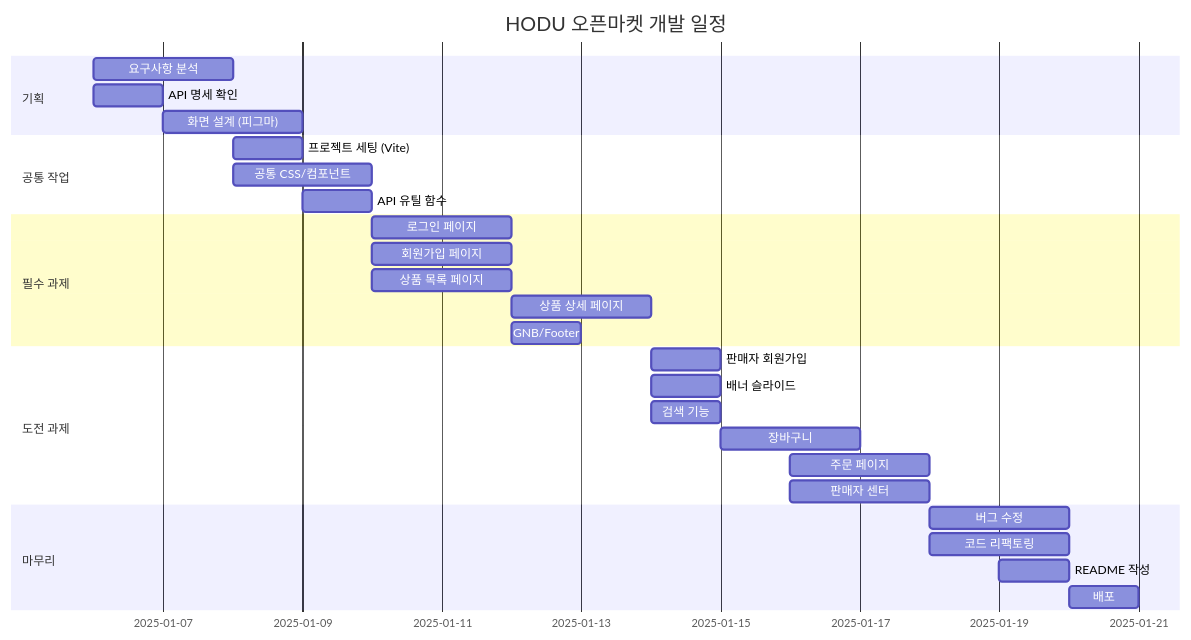
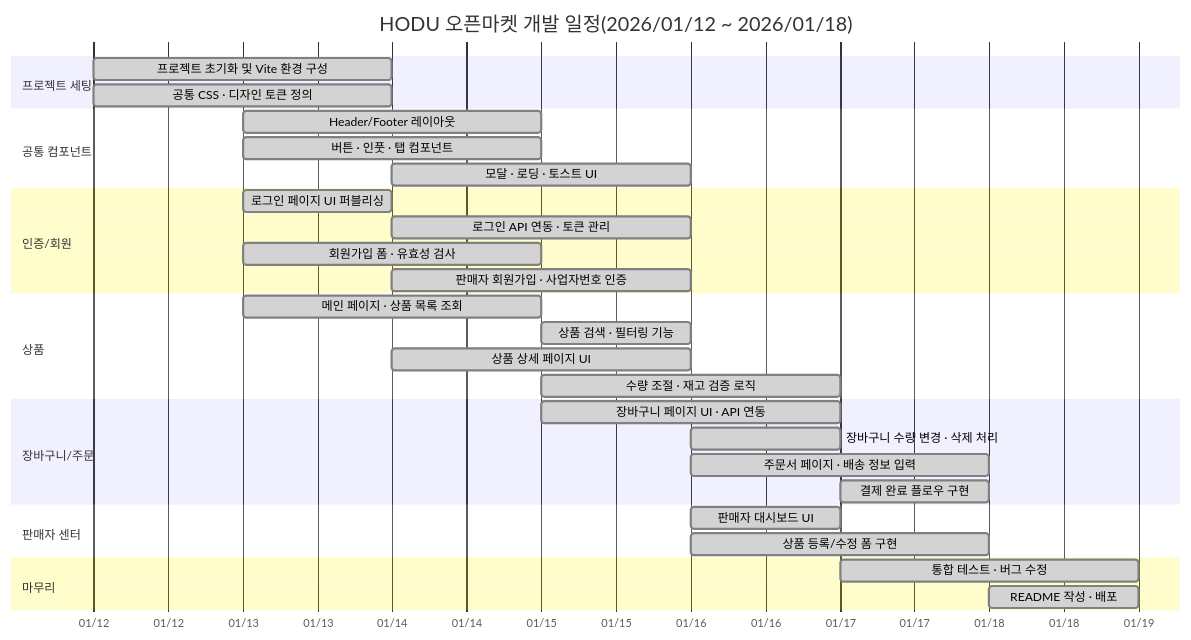
One commit to Open-Learn-Team/open-market changed the fifth of 11 diagrams in README.md. Above: the diagram before and after it, drawn with Mermaid. The commit also changed other lines of this file and 19 other files, not shown here.

````diff
--- a/README.md
+++ b/README.md
@@ -302,36 +342,42 @@
 ```mermaid
 gantt
-    title HODU 오픈마켓 개발 일정
+    title HODU 오픈마켓 개발 일정(2026/01/12 ~ 2026/01/18)
     dateFormat YYYY-MM-DD
-    
-    section 기획
-        요구사항 분석         :2025-01-06, 2d
-        API 명세 확인         :2025-01-06, 1d
-        화면 설계 (피그마)    :2025-01-07, 2d
-    
-    section 공통 작업
-        프로젝트 세팅 (Vite)  :2025-01-08, 1d
-        공통 CSS/컴포넌트     :2025-01-08, 2d
-        API 유틸 함수         :2025-01-09, 1d
-    
-    section 필수 과제
-        로그인 페이지         :2025-01-10, 2d
-        회원가입 페이지       :2025-01-10, 2d
-        상품 목록 페이지      :2025-01-10, 2d
-        상품 상세 페이지      :2025-01-12, 2d
-        GNB/Footer            :2025-01-12, 1d
-    
-    section 도전 과제
-        판매자 회원가입       :2025-01-14, 1d
-        배너 슬라이드         :2025-01-14, 1d
-        검색 기능             :2025-01-14, 1d
-        장바구니              :2025-01-15, 2d
-        주문 페이지           :2025-01-16, 2d
-        판매자 센터           :2025-01-16, 2d
-    
+    axisFormat %m/%d
+    todayMarker off
+
+    section 프로젝트 세팅
+    프로젝트 초기화 및 Vite 환경 구성      :done, 2026-01-12, 2d
+    공통 CSS · 디자인 토큰 정의           :done, 2026-01-12, 2d
+
+    section 공통 컴포넌트
+    Header/Footer 레이아웃               :done, 2026-01-13, 2d
+    버튼 · 인풋 · 탭 컴포넌트             :done, 2026-01-13, 2d
+    모달 · 로딩 · 토스트 UI              :done, 2026-01-14, 2d
+
+    section 인증/회원
+    로그인 페이지 UI 퍼블리싱             :done, 2026-01-13, 1d
+    로그인 API 연동 · 토큰 관리           :done, 2026-01-14, 2d
+    회원가입 폼 · 유효성 검사             :done, 2026-01-13, 2d
+    판매자 회원가입 · 사업자번호 인증      :done, 2026-01-14, 2d
+
+    section 상품
+    메인 페이지 · 상품 목록 조회           :done, 2026-01-13, 2d
+    상품 검색 · 필터링 기능               :done, 2026-01-15, 1d
+    상품 상세 페이지 UI                   :done, 2026-01-14, 2d
+    수량 조절 · 재고 검증 로직            :done, 2026-01-15, 2d
+
+    section 장바구니/주문
+    장바구니 페이지 UI · API 연동         :done, 2026-01-15, 2d
+    장바구니 수량 변경 · 삭제 처리        :done, 2026-01-16, 1d
+    주문서 페이지 · 배송 정보 입력        :done, 2026-01-16, 2d
+    결제 완료 플로우 구현                 :done, 2026-01-17, 1d
+
+    section 판매자 센터
+    판매자 대시보드 UI                    :done, 2026-01-16, 1d
+    상품 등록/수정 폼 구현                :done, 2026-01-16, 2d
+
     section 마무리
-        버그 수정             :2025-01-18, 2d
-        코드 리팩토링         :2025-01-18, 2d
-        README 작성           :2025-01-19, 1d
-        배포                  :2025-01-20, 1d
+    통합 테스트 · 버그 수정               :done, 2026-01-17, 2d
+    README 작성 · 배포                   :done, 2026-01-18, 1d
 ```
````
